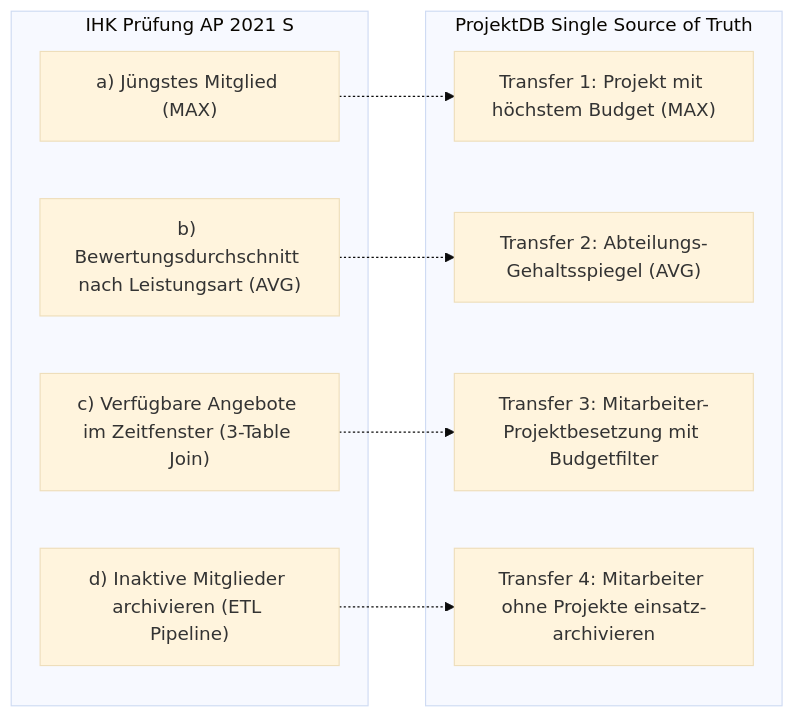
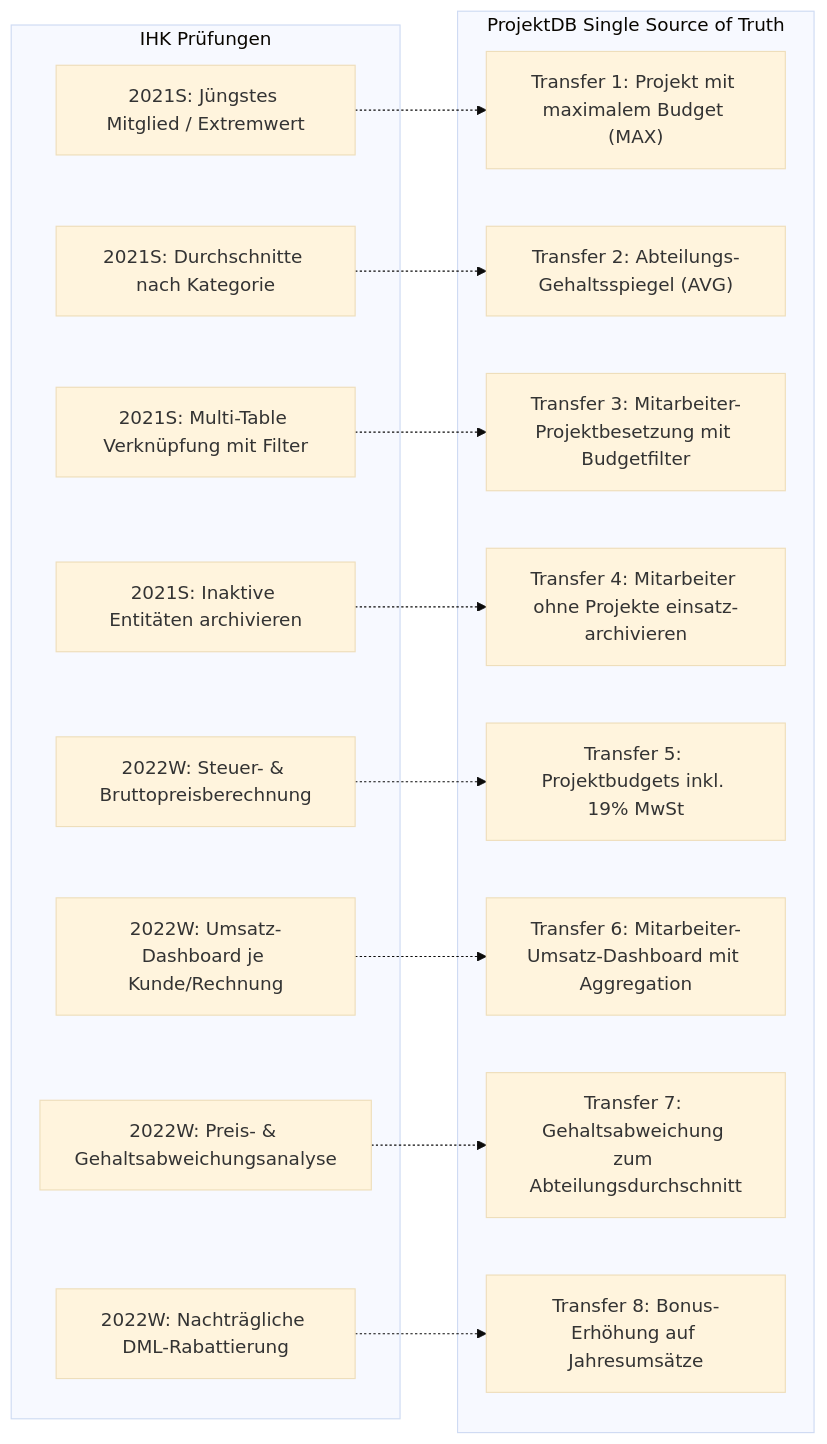
The tenth of 10 diagrams in Day_22/readme.md (T-Boyke/SQL-Fundamentals), drawn with Mermaid (base theme) before and after one commit. The commit also changed other lines of this file and 6 other files, not shown here.

Commit message:
feat(day22): add IHK AP 2021 S solution and AP 2022 W (Rechnungserstellung) exam assets, script, and updated docs

````diff
--- a/Day_22/readme.md
+++ b/Day_22/readme.md
@@ -419,21 +636,33 @@
 ```mermaid
 flowchart LR
-    subgraph Exam["IHK Prüfung AP 2021 S"]
-        E1["a) Jüngstes Mitglied (MAX)"]
-        E2["b) Bewertungsdurchschnitt nach Leistungsart (AVG)"]
-        E3["c) Verfügbare Angebote im Zeitfenster (3-Table Join)"]
-        E4["d) Inaktive Mitglieder archivieren (ETL Pipeline)"]
+    subgraph Exams["IHK Prüfungen"]
+        E1["2021S: Jüngstes Mitglied / Extremwert"]
+        E2["2021S: Durchschnitte nach Kategorie"]
+        E3["2021S: Multi-Table Verknüpfung mit Filter"]
+        E4["2021S: Inaktive Entitäten archivieren"]
+        E5["2022W: Steuer- & Bruttopreisberechnung"]
+        E6["2022W: Umsatz-Dashboard je Kunde/Rechnung"]
+        E7["2022W: Preis- & Gehaltsabweichungsanalyse"]
+        E8["2022W: Nachträgliche DML-Rabattierung"]
     end
 
     subgraph SoT["ProjektDB Single Source of Truth"]
-        S1["Transfer 1: Projekt mit höchstem Budget (MAX)"]
+        S1["Transfer 1: Projekt mit maximalem Budget (MAX)"]
         S2["Transfer 2: Abteilungs-Gehaltsspiegel (AVG)"]
         S3["Transfer 3: Mitarbeiter-Projektbesetzung mit Budgetfilter"]
         S4["Transfer 4: Mitarbeiter ohne Projekte einsatz-archivieren"]
+        S5["Transfer 5: Projektbudgets inkl. 19% MwSt"]
+        S6["Transfer 6: Mitarbeiter-Umsatz-Dashboard mit Aggregation"]
+        S7["Transfer 7: Gehaltsabweichung zum Abteilungsdurchschnitt"]
+        S8["Transfer 8: Bonus-Erhöhung auf Jahresumsätze"]
     end
 
     E1 -.-> S1
     E2 -.-> S2
     E3 -.-> S3
     E4 -.-> S4
+    E5 -.-> S5
+    E6 -.-> S6
+    E7 -.-> S7
+    E8 -.-> S8
 ```
````
